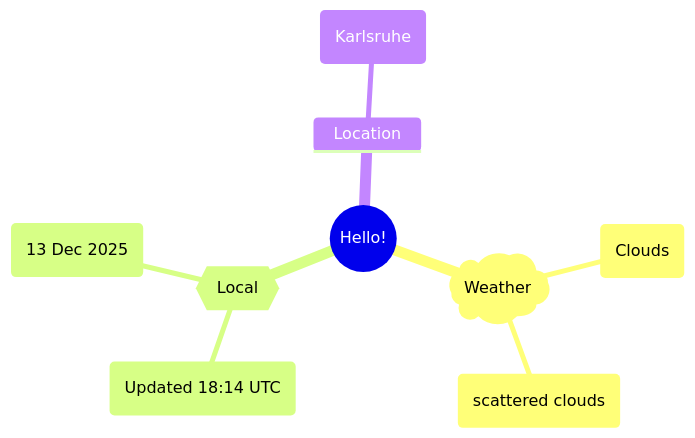
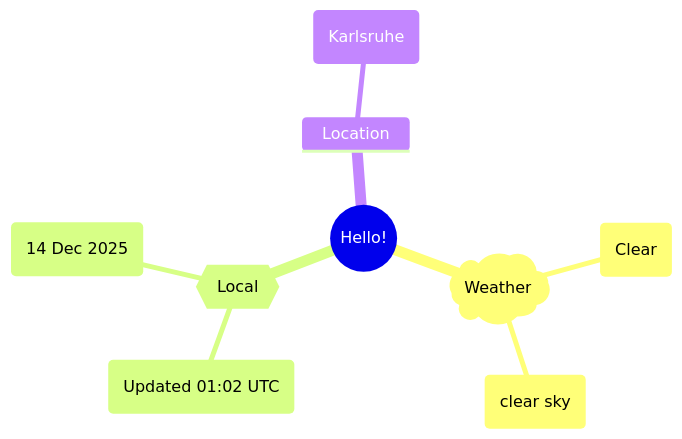
Before and after one commit to Xosrov/Xosrov: the first of 2 diagrams in README.md, drawn with Mermaid.

Commit message:
[bot] updated images

````diff
--- a/README.md
+++ b/README.md
@@ -3,12 +3,12 @@
 ```mermaid
 mindmap
   root((Hello!))
     )Weather(
-        (Clouds)
-        (scattered clouds)
+        (Clear)
+        (clear sky)
     {{Local}}
-        (Updated 18:14 UTC)
-        (13 Dec 2025)
+        (Updated 01:02 UTC)
+        (14 Dec 2025)
     Location
         (Karlsruhe)
 ```
````
